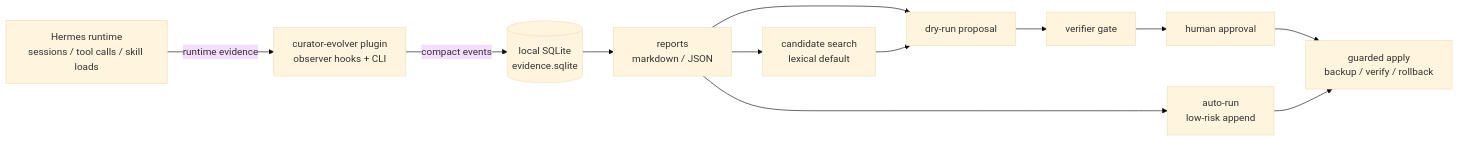
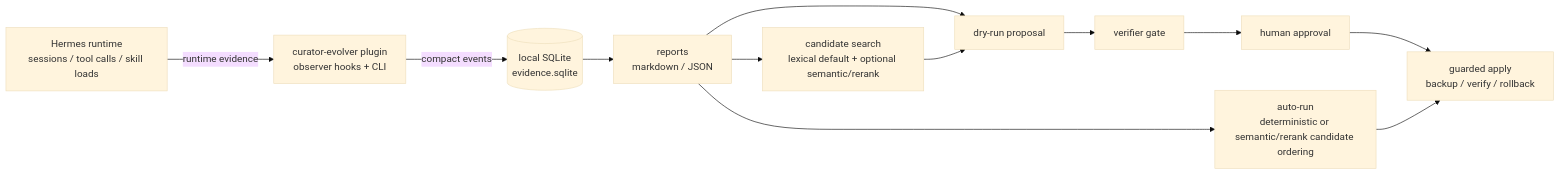
Before and after one commit to pingchesu/hermes-curator-evolver: the first of 2 diagrams in docs/architecture.md, drawn with Mermaid (base theme). The commit also changed other lines of this file and 14 other files, not shown here.

First line of the commit message:
feat: add semantic autorun candidate ordering

````diff
--- a/docs/architecture.md
+++ b/docs/architecture.md
@@ -7,25 +7,25 @@
 ```mermaid
 flowchart LR
     H[Hermes runtime\nsessions / tool calls / skill loads]
     P[curator-evolver plugin\nobserver hooks + CLI]
     DB[(local SQLite\nevidence.sqlite)]
     R[reports\nmarkdown / JSON]
-    C[candidate search\nlexical default]
+    C[candidate search\nlexical default + optional semantic/rerank]
     Proposal[dry-run proposal]
-    Auto[auto-run\nlow-risk append]
+    Auto[auto-run\ndeterministic or semantic/rerank candidate ordering]
     V[verifier gate]
     Human[human approval]
     Apply[guarded apply\nbackup / verify / rollback]
 
     H -->|runtime evidence| P
     P -->|compact events| DB
     DB --> R
     R --> Proposal
     R --> C
     C --> Proposal
     R --> Auto
     Proposal --> V
     V --> Human
     Human --> Apply
     Auto --> Apply
 ```
````
